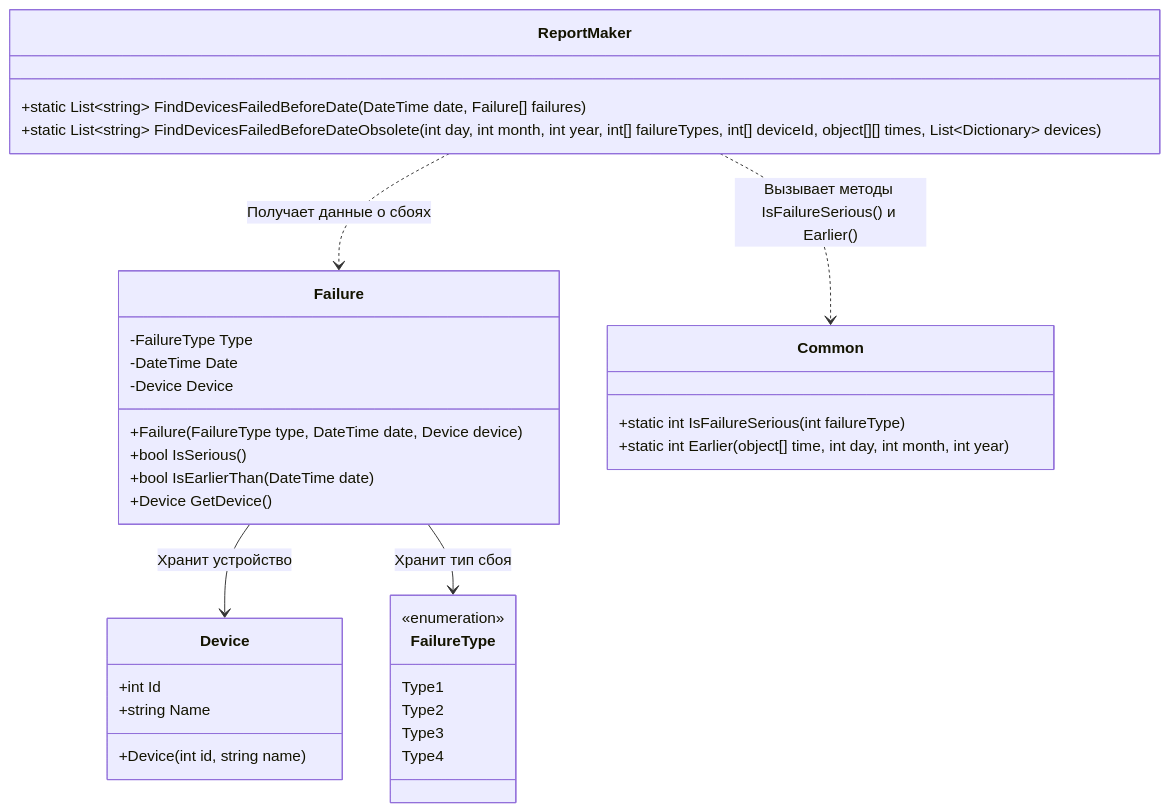
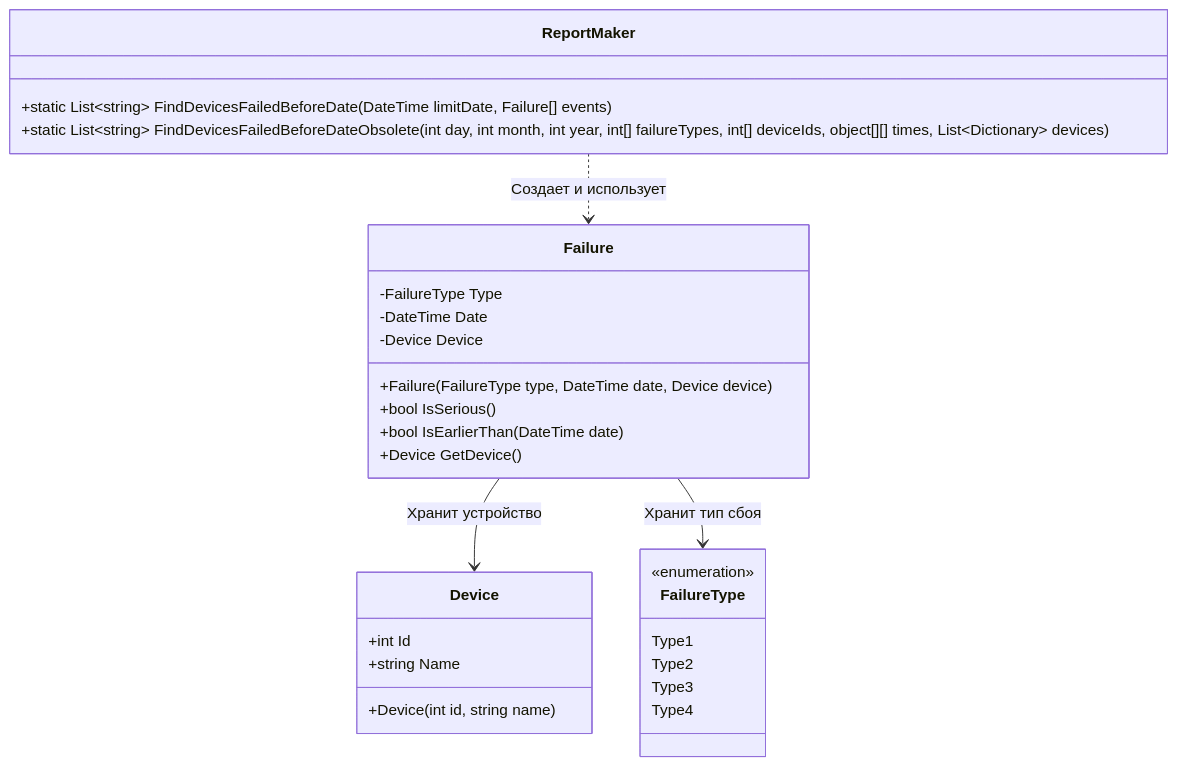
Before and after one commit to ram0k009/Practice: the diagram in sboi.md, drawn with Mermaid.

````diff
--- a/sboi.md
+++ b/sboi.md
@@ -7,42 +7,37 @@
 ```mermaid
 classDiagram
-direction TB
+    direction TB
+    
     class Device {
         +int Id
         +string Name
         +Device(int id, string name)
     }
-
+    
     class Failure {
         -FailureType Type
         -DateTime Date
         -Device Device
         +Failure(FailureType type, DateTime date, Device device)
         +bool IsSerious()
         +bool IsEarlierThan(DateTime date)
         +Device GetDevice()
     }
-
-    class Common {
-        +static int IsFailureSerious(int failureType)
-        +static int Earlier(object[] time, int day, int month, int year)
+    
+    class ReportMaker {
+        +static List~string~ FindDevicesFailedBeforeDate(DateTime limitDate, Failure[] events)
+        +static List~string~ FindDevicesFailedBeforeDateObsolete(int day, int month, int year, int[] failureTypes, int[] deviceIds, object[][] times, List~Dictionary~ devices)
     }
-
-    class ReportMaker {
-        +static List~string~ FindDevicesFailedBeforeDate(DateTime date, Failure[] failures)
-        +static List~string~ FindDevicesFailedBeforeDateObsolete(int day, int month, int year, int[] failureTypes, int[] deviceId, object[][] times, List~Dictionary~ devices)
-    }
-
+    
     class FailureType {
         <<enumeration>>
         Type1
         Type2
         Type3
         Type4
     }
-
+    
     Failure --> Device : Хранит устройство
     Failure --> FailureType : Хранит тип сбоя
-    ReportMaker ..> Failure : Получает данные о сбоях
-    ReportMaker ..> Common : Вызывает методы IsFailureSerious() и Earlier()
+    ReportMaker ..> Failure : Создает и использует
 ```
````
